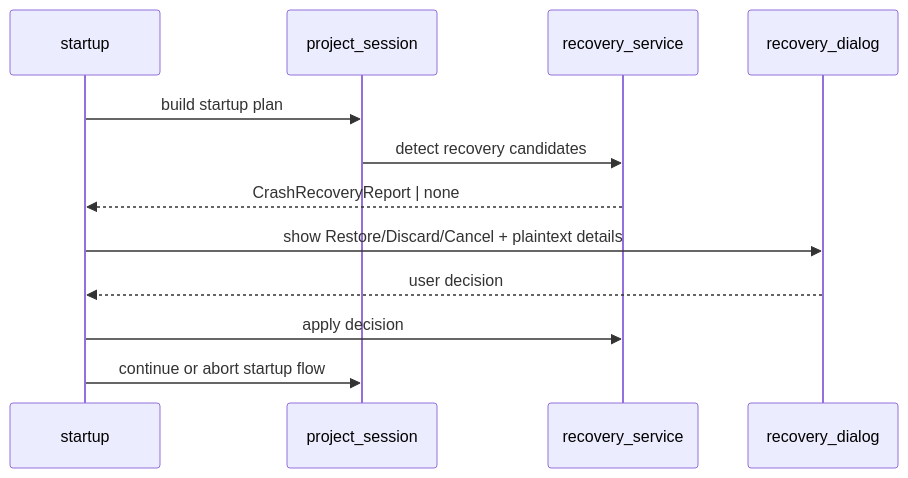
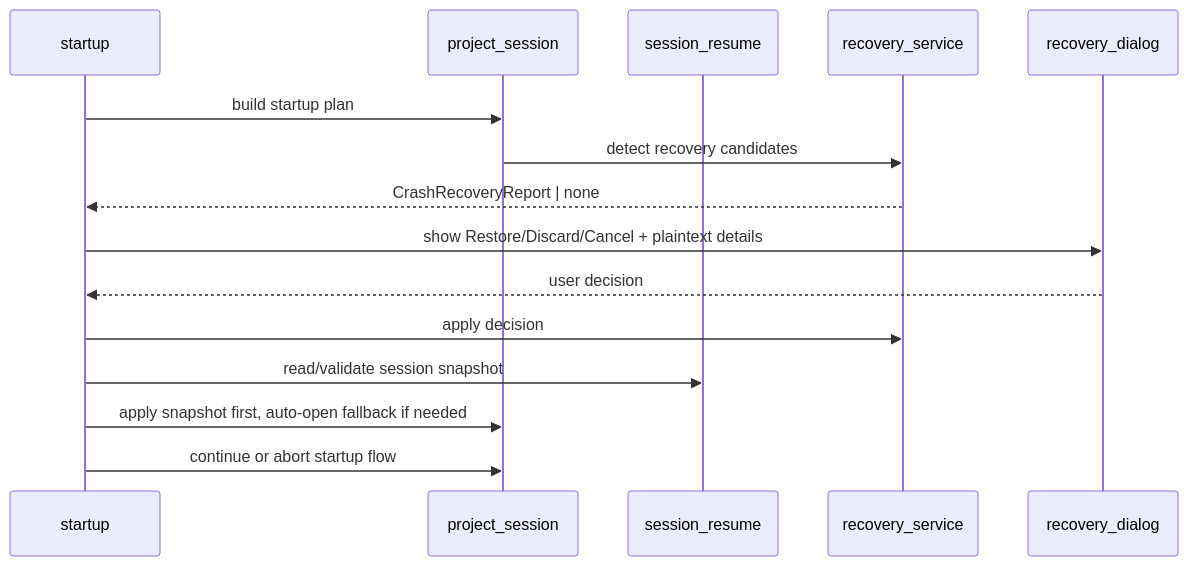
Before and after one commit to PlagaMedicum/TranslationZed-py: the diagram in docs/spec/v0_9/crash_recovery_uc12.md, drawn with Mermaid. The commit also changed other lines of this file and 14 other files, not shown here.

Commit message:
docs: align A32 session-resume behavior and contracts

````diff
--- a/docs/spec/v0_9/crash_recovery_uc12.md
+++ b/docs/spec/v0_9/crash_recovery_uc12.md
@@ -72,15 +85,18 @@
 ```mermaid
 sequenceDiagram
   participant APP as startup
   participant PS as project_session
+  participant SR as session_resume
   participant CR as recovery_service
   participant UI as recovery_dialog
 
   APP->>PS: build startup plan
   PS->>CR: detect recovery candidates
   CR-->>APP: CrashRecoveryReport | none
   APP->>UI: show Restore/Discard/Cancel + plaintext details
   UI-->>APP: user decision
   APP->>CR: apply decision
+  APP->>SR: read/validate session snapshot
+  APP->>PS: apply snapshot first, auto-open fallback if needed
   APP->>PS: continue or abort startup flow
 ```
````
